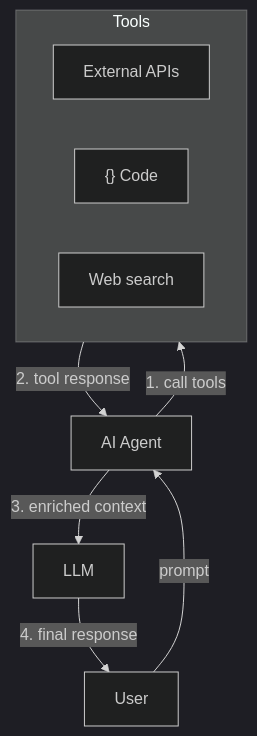
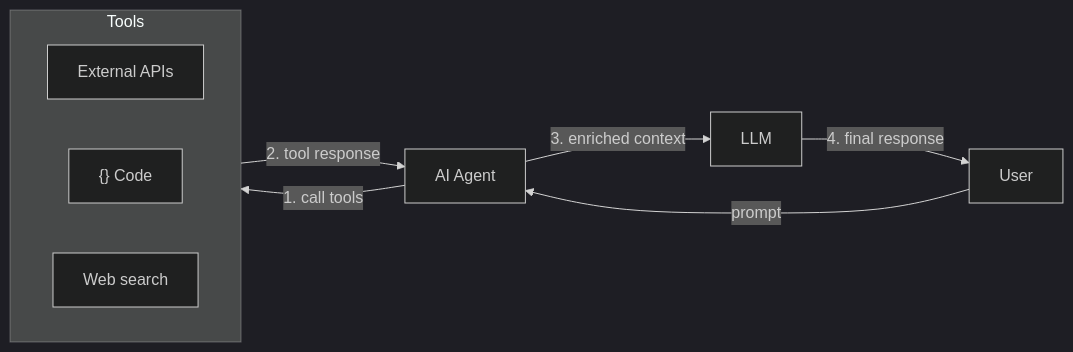
The second of 2 diagrams in 001/README.md (jpraychev/youtube), drawn with Mermaid (dark theme) before and after one commit.

````diff
--- a/001/README.md
+++ b/001/README.md
@@ -67,16 +67,16 @@
 ```mermaid
-flowchart TD
+flowchart LR
     User[User] -->|prompt| Agent[AI Agent]
     Agent -->|1. call tools| Tools
 
     subgraph Tools["Tools"]
         direction LR
         T1["External APIs"]
         T2["{} Code"]
         T3["Web search"]
     end
 
     Tools -->|2. tool response| Agent
     Agent -->|3. enriched context| LLM[LLM]
     LLM -->|4. final response| User
 ```
````
